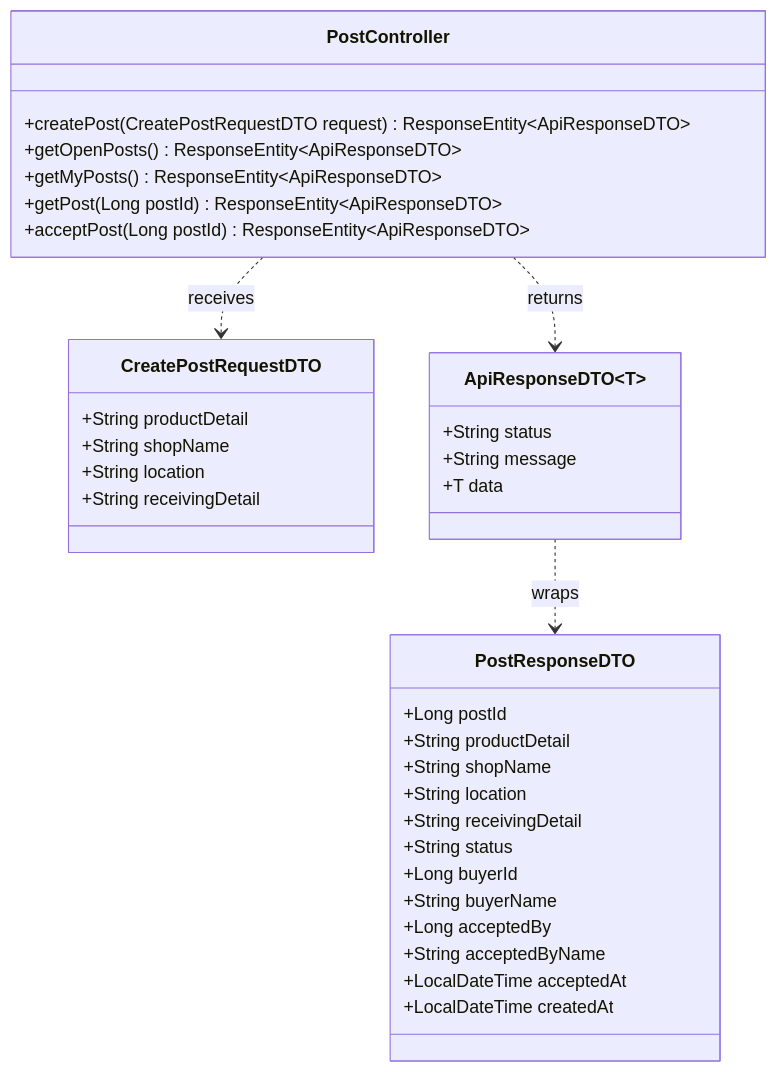
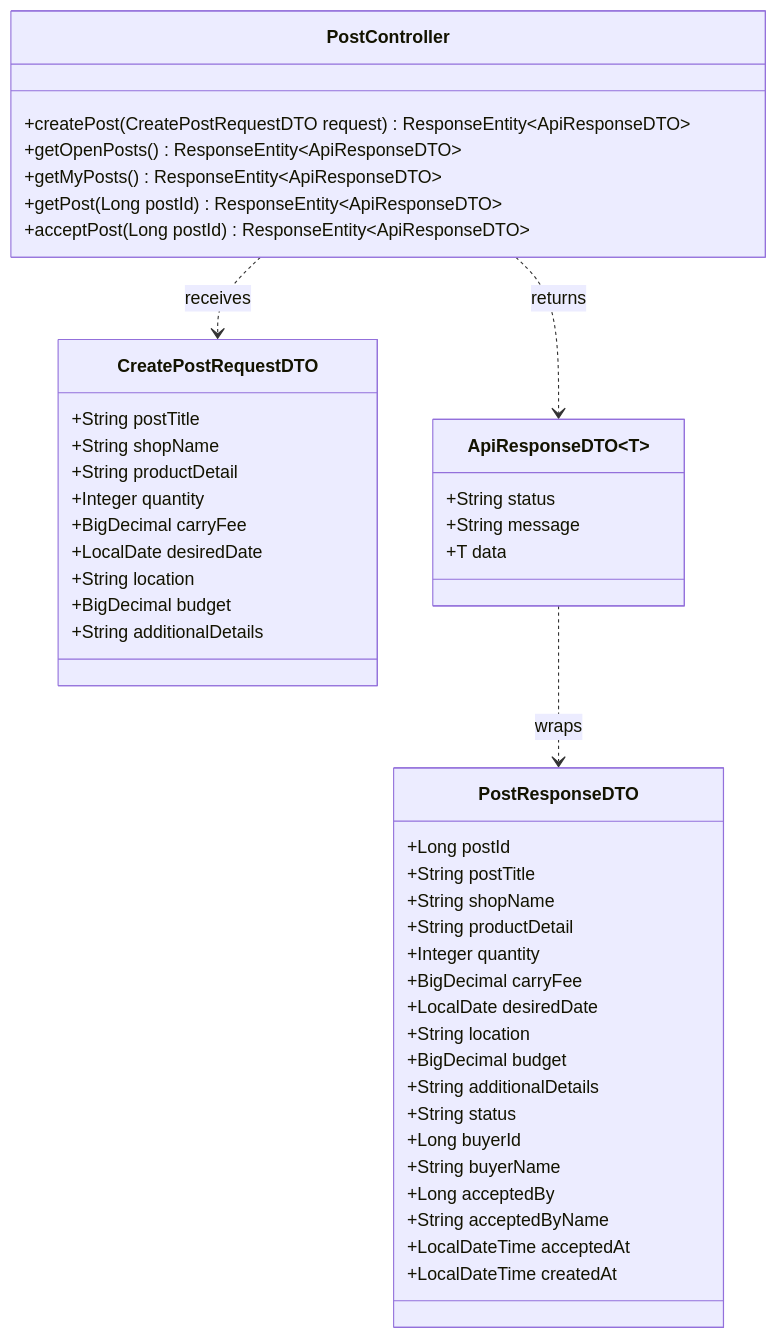
The first of 5 diagrams in docs/task-12/README.md (BlackyB0o/CS261_650001_group5), drawn with Mermaid before and after one commit. The commit also changed other lines of this file and 7 other files, not shown here.

Commit message:
added post API, DTO, entity, repository (align post fields with schema.sql)

````diff
--- a/docs/task-12/README.md
+++ b/docs/task-12/README.md
@@ -141,39 +139,49 @@
 ```mermaid
 classDiagram
     class PostController {
         +createPost(CreatePostRequestDTO request) ResponseEntity~ApiResponseDTO~
         +getOpenPosts() ResponseEntity~ApiResponseDTO~
         +getMyPosts() ResponseEntity~ApiResponseDTO~
         +getPost(Long postId) ResponseEntity~ApiResponseDTO~
         +acceptPost(Long postId) ResponseEntity~ApiResponseDTO~
     }
     class CreatePostRequestDTO {
+        +String postTitle
+        +String shopName
         +String productDetail
-        +String shopName
+        +Integer quantity
+        +BigDecimal carryFee
+        +LocalDate desiredDate
         +String location
-        +String receivingDetail
+        +BigDecimal budget
+        +String additionalDetails
     }
     class PostResponseDTO {
         +Long postId
+        +String postTitle
+        +String shopName
         +String productDetail
-        +String shopName
+        +Integer quantity
+        +BigDecimal carryFee
+        +LocalDate desiredDate
         +String location
-        +String receivingDetail
+        +BigDecimal budget
+        +String additionalDetails
         +String status
         +Long buyerId
         +String buyerName
         +Long acceptedBy
         +String acceptedByName
         +LocalDateTime acceptedAt
         +LocalDateTime createdAt
     }
     class ApiResponseDTO~T~ {
         +String status
         +String message
         +T data
     }
 
     PostController ..> CreatePostRequestDTO : receives
     PostController ..> ApiResponseDTO : returns
     ApiResponseDTO ..> PostResponseDTO : wraps
 ```
````
